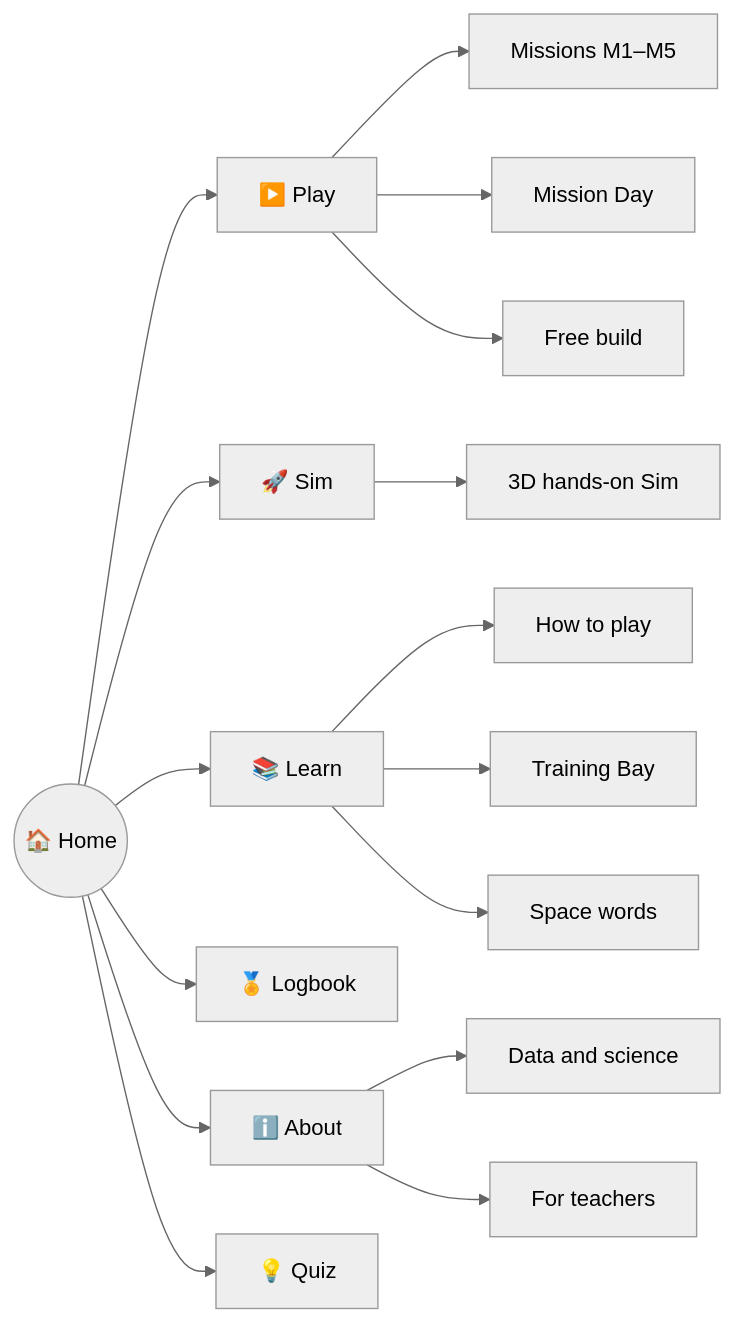
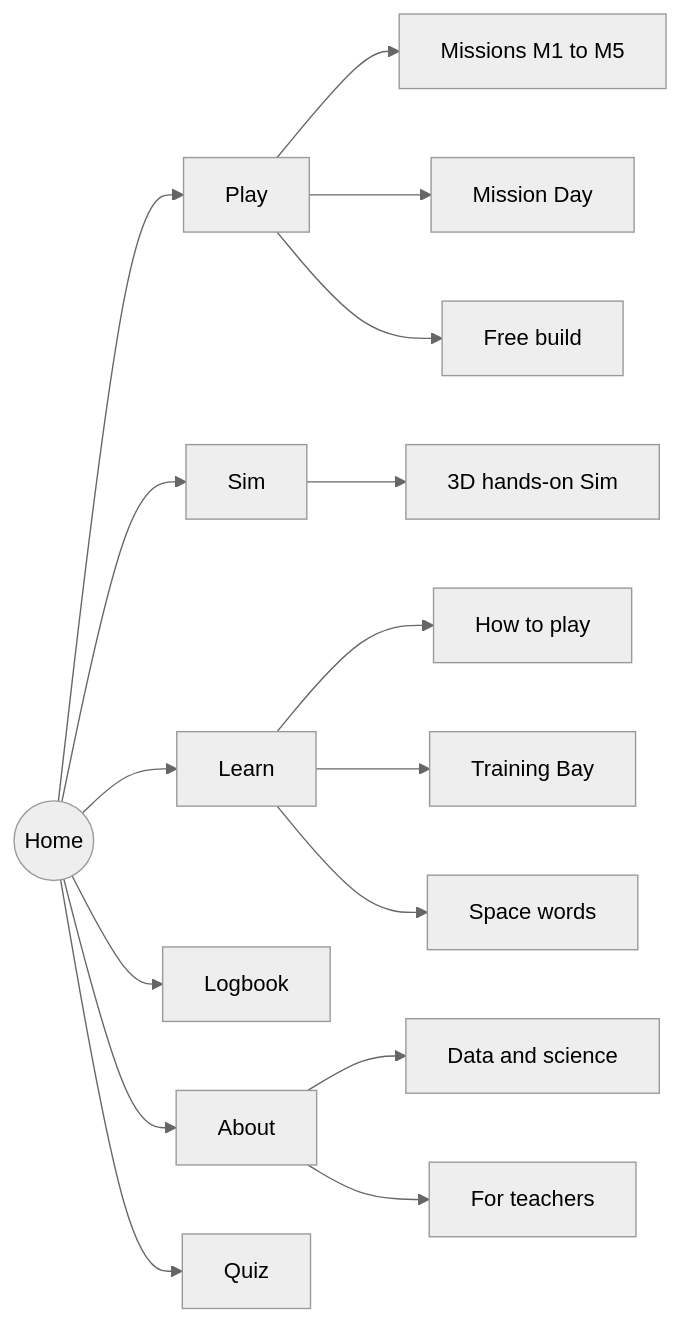
One commit to jaineesh-kumar/NASA_APP_Challenge changed the third of 4 diagrams in README.md. Above: the diagram before and after it, drawn with Mermaid (neutral theme). The commit also changed other lines of this file, not shown here.

Commit message:
docs(readme): plain-text flowchart labels so GitHub renders every chart

````diff
--- a/README.md
+++ b/README.md
@@ -119,19 +119,19 @@
 ```mermaid
 flowchart LR
-    Home((🏠 Home))
-    Home --> Play[▶️ Play]
-    Home --> Sim[🚀 Sim]
-    Home --> Learn[📚 Learn]
-    Home --> Log[🏅 Logbook]
-    Home --> About[ℹ️ About]
-    Home --> Quiz[💡 Quiz]
-    Play --> M[Missions M1–M5]
-    Play --> MD[Mission Day]
-    Play --> FB[Free build]
-    Sim --> S3D[3D hands-on Sim]
-    Learn --> HTP[How to play]
-    Learn --> TB[Training Bay]
-    Learn --> W[Space words]
-    About --> DS[Data and science]
-    About --> T[For teachers]
+    Home(("Home"))
+    Home --> Play["Play"]
+    Home --> Sim["Sim"]
+    Home --> Learn["Learn"]
+    Home --> Log["Logbook"]
+    Home --> About["About"]
+    Home --> Quiz["Quiz"]
+    Play --> M["Missions M1 to M5"]
+    Play --> MD["Mission Day"]
+    Play --> FB["Free build"]
+    Sim --> S3D["3D hands-on Sim"]
+    Learn --> HTP["How to play"]
+    Learn --> TB["Training Bay"]
+    Learn --> WD["Space words"]
+    About --> DS["Data and science"]
+    About --> T["For teachers"]
 ```
````
